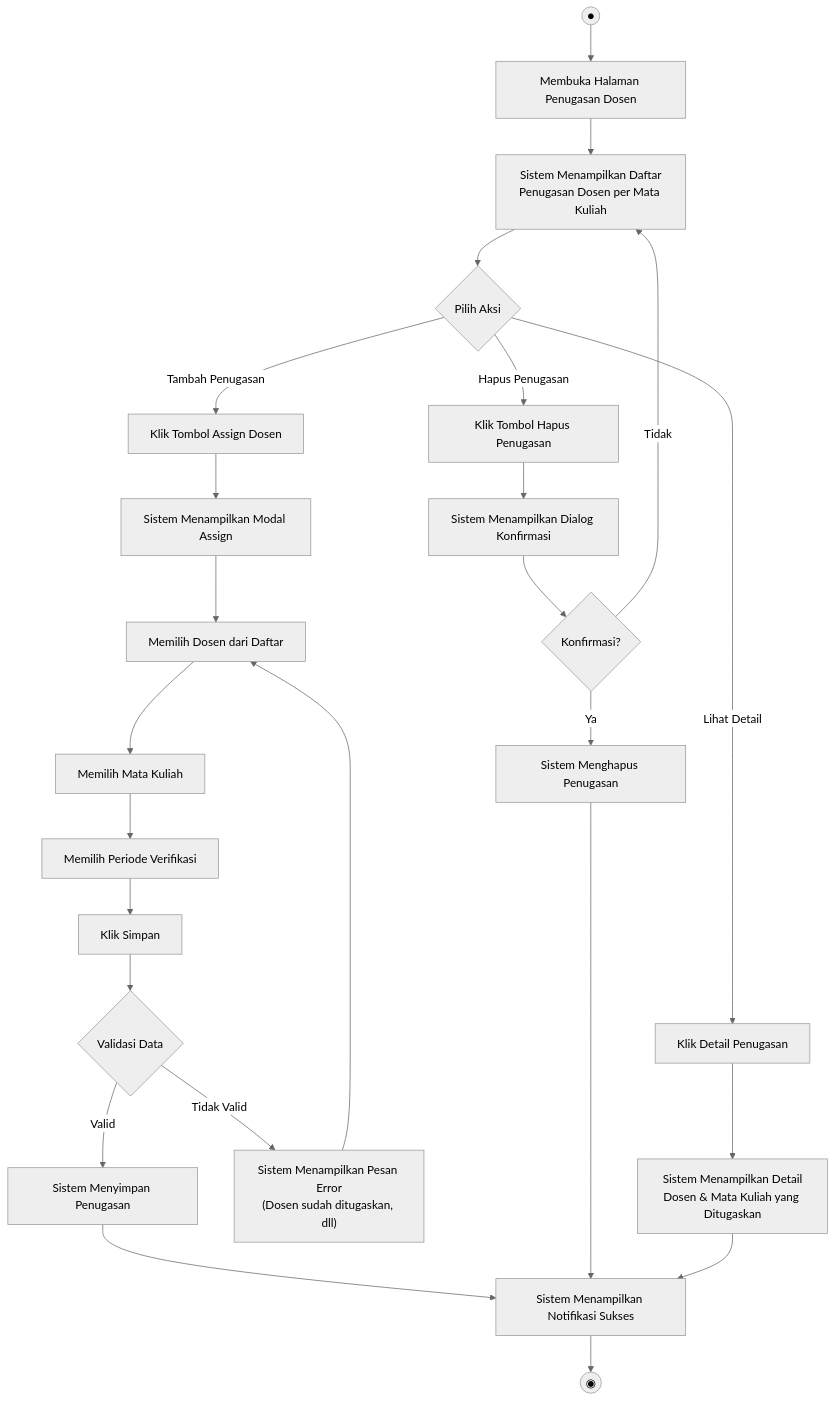
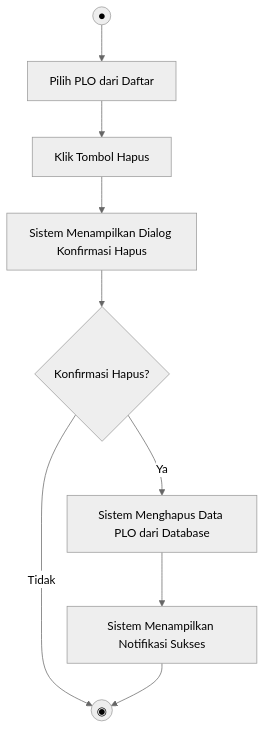
Diagram 14 of 32 in activity_diagrams.md (alexiusprst-tech/dashboard_verif), drawn with Mermaid (neutral theme) before and after one commit. The commit also changed other lines of this file and 6 other files, not shown here.

````diff
--- a/activity_diagrams.md
+++ b/activity_diagrams.md
@@ -493,31 +253,11 @@
 ```mermaid
 flowchart TD
-    A(("●")) --> B["Membuka Halaman Penugasan Dosen"]
-    B --> C["Sistem Menampilkan Daftar\nPenugasan Dosen per Mata Kuliah"]
-    C --> D{"Pilih Aksi"}
-
-    D -->|Tambah Penugasan| E["Klik Tombol Assign Dosen"]
-    E --> F["Sistem Menampilkan Modal Assign"]
-    F --> G["Memilih Dosen dari Daftar"]
-    G --> H["Memilih Mata Kuliah"]
-    H --> I["Memilih Periode Verifikasi"]
-    I --> J["Klik Simpan"]
-    J --> K{"Validasi Data"}
-    K -->|Valid| L["Sistem Menyimpan Penugasan"]
-    L --> M["Sistem Menampilkan Notifikasi Sukses"]
-    K -->|Tidak Valid| N["Sistem Menampilkan Pesan Error\n(Dosen sudah ditugaskan, dll)"]
-    N --> G
-
-    D -->|Hapus Penugasan| O["Klik Tombol Hapus Penugasan"]
-    O --> P["Sistem Menampilkan Dialog Konfirmasi"]
-    P --> Q{"Konfirmasi?"}
-    Q -->|Ya| R["Sistem Menghapus Penugasan"]
-    R --> M
-    Q -->|Tidak| C
-
-    D -->|Lihat Detail| S["Klik Detail Penugasan"]
-    S --> T["Sistem Menampilkan Detail\nDosen & Mata Kuliah yang Ditugaskan"]
-    T --> M
-
-    M --> Z(("◉"))
+    Start(("●")) --> SelectPLO["Pilih PLO dari Daftar"]
+    SelectPLO --> ClickDelete["Klik Tombol Hapus"]
+    ClickDelete --> ShowConfirm["Sistem Menampilkan Dialog Konfirmasi Hapus"]
+    ShowConfirm --> Confirm{"Konfirmasi Hapus?"}
+    Confirm -->|Ya| DeleteDB["Sistem Menghapus Data PLO dari Database"]
+    DeleteDB --> ShowSuccess["Sistem Menampilkan Notifikasi Sukses"]
+    Confirm -->|Tidak| End(("◉"))
+    ShowSuccess --> End
 ```
````
